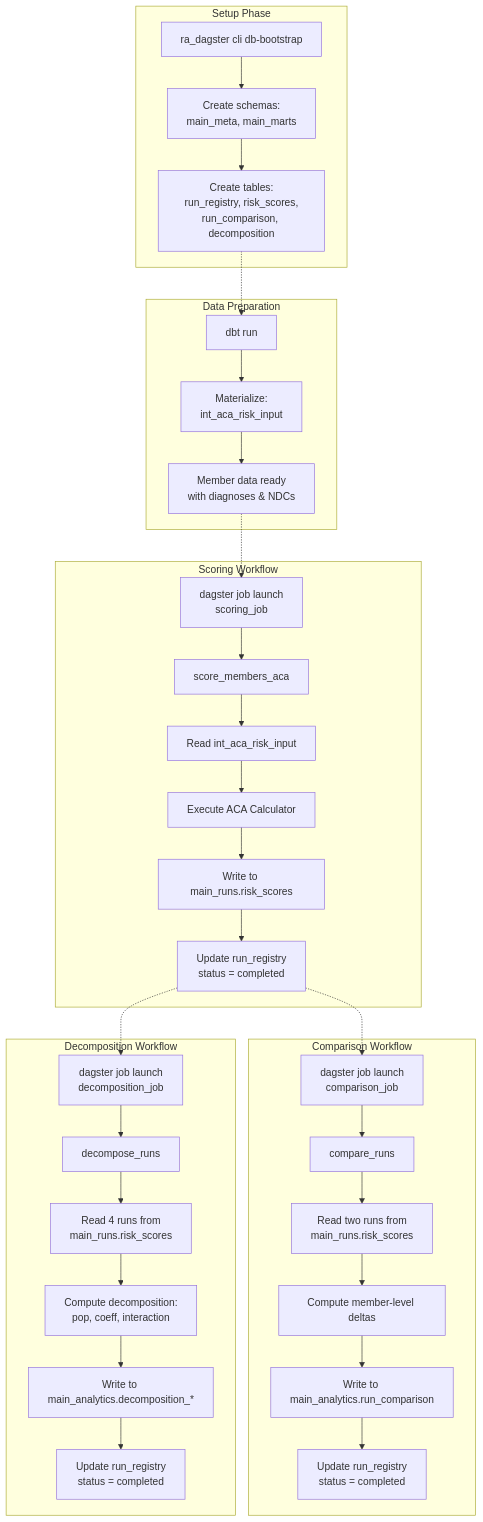
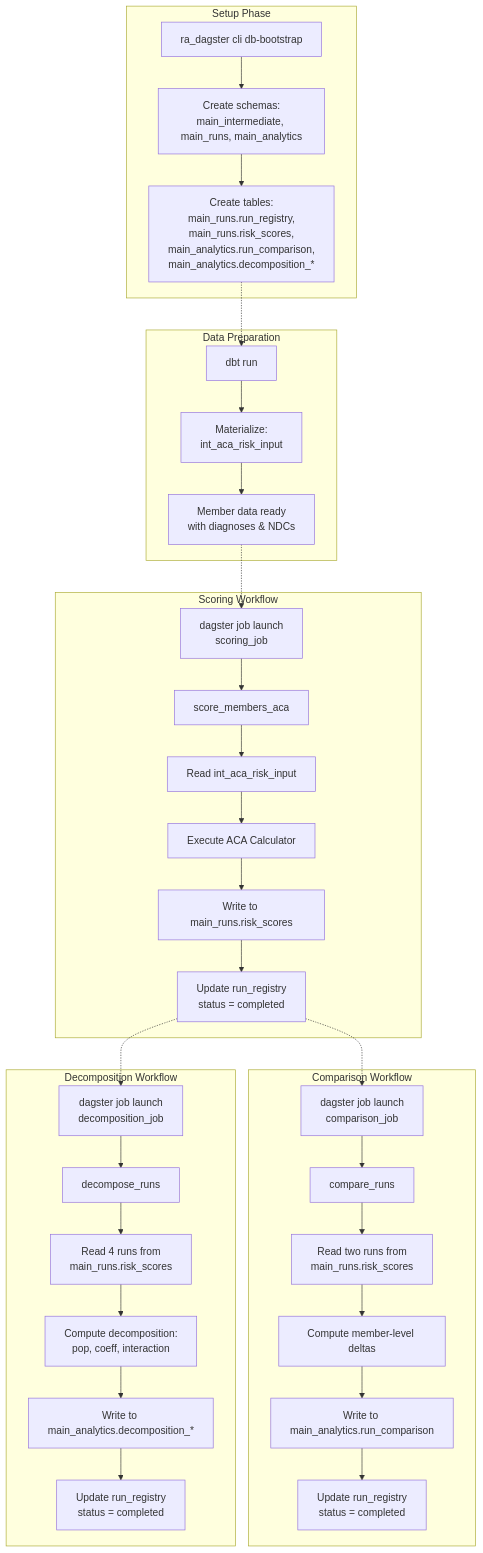
One commit to garthmortensen/prism changed the first of 4 diagrams in ra_dagster/README.md. Above: the diagram before and after it, drawn with Mermaid. The commit also changed other lines of this file and 19 other files, not shown here.

````diff
--- a/ra_dagster/README.md
+++ b/ra_dagster/README.md
@@ -60,41 +79,41 @@
 ```mermaid
 graph TB
     subgraph "Setup Phase"
-        A[ra_dagster cli db-bootstrap] --> B[Create schemas:<br/>main_meta, main_marts]
-        B --> C[Create tables:<br/>run_registry, risk_scores,<br/>run_comparison, decomposition]
+    A[ra_dagster cli db-bootstrap] --> B[Create schemas:<br/>main_intermediate, main_runs, main_analytics]
+    B --> C[Create tables:<br/>main_runs.run_registry,<br/>main_runs.risk_scores,<br/>main_analytics.run_comparison,<br/>main_analytics.decomposition_*]
     end
 
     subgraph "Data Preparation"
         D[dbt run] --> E[Materialize:<br/>int_aca_risk_input]
         E --> F[Member data ready<br/>with diagnoses & NDCs]
     end
 
     subgraph "Scoring Workflow"
         G[dagster job launch<br/>scoring_job] --> H[score_members_aca]
         H --> I[Read int_aca_risk_input]
         I --> J[Execute ACA Calculator]
         J --> K[Write to main_runs.risk_scores]
         K --> L[Update run_registry<br/>status = completed]
     end
 
     subgraph "Comparison Workflow"
         M[dagster job launch<br/>comparison_job] --> N[compare_runs]
         N --> O[Read two runs from<br/>main_runs.risk_scores]
         O --> P[Compute member-level deltas]
         P --> Q[Write to main_analytics.run_comparison]
         Q --> R[Update run_registry<br/>status = completed]
     end
 
     subgraph "Decomposition Workflow"
         S[dagster job launch<br/>decomposition_job] --> T[decompose_runs]
         T --> U[Read 4 runs from<br/>main_runs.risk_scores]
         U --> V[Compute decomposition:<br/>pop, coeff, interaction]
         V --> W[Write to main_analytics.decomposition_*]
         W --> X[Update run_registry<br/>status = completed]
     end
 
     C -.-> D
     F -.-> G
     L -.-> M
     L -.-> S
 ```
````
